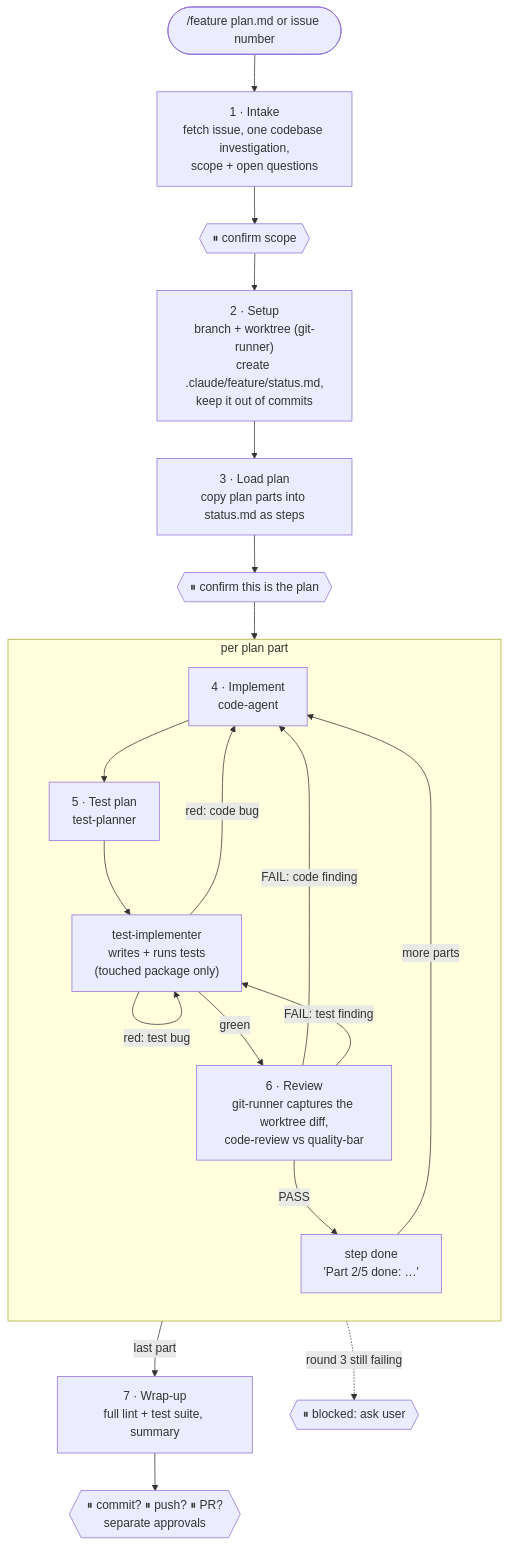
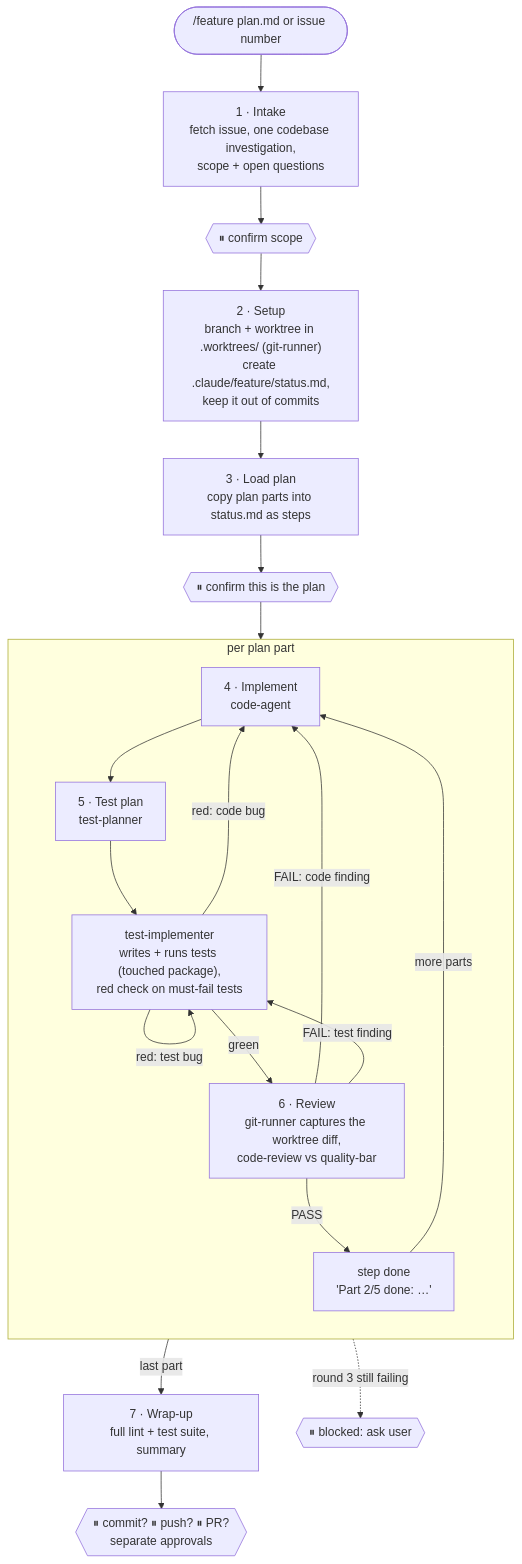
Before and after one commit to mxrpr/dev-pipeline-kit: the diagram in docs/feature.md, drawn with Mermaid. The commit also changed other lines of this file and 17 other files, not shown here.

````diff
--- a/docs/feature.md
+++ b/docs/feature.md
@@ -35,26 +35,26 @@
 ```mermaid
 flowchart TD
     IN(["/feature plan.md or issue number"]) --> P1
     P1["1 · Intake<br/>fetch issue, one codebase investigation,<br/>scope + open questions"] --> G1{{⏸ confirm scope}}
-    G1 --> P2["2 · Setup<br/>branch + worktree (git-runner)<br/>create .claude/feature/status.md,<br/>keep it out of commits"]
+    G1 --> P2["2 · Setup<br/>branch + worktree in .worktrees/ (git-runner)<br/>create .claude/feature/status.md,<br/>keep it out of commits"]
     P2 --> P3["3 · Load plan<br/>copy plan parts into status.md as steps"]
     P3 --> G2{{⏸ confirm this is the plan}}
     G2 --> LOOP
 
     subgraph LOOP [" per plan part "]
         direction TB
         P4["4 · Implement<br/>code-agent"] --> P5a["5 · Test plan<br/>test-planner"]
-        P5a --> P5b["test-implementer<br/>writes + runs tests<br/>(touched package only)"]
+        P5a --> P5b["test-implementer<br/>writes + runs tests (touched package),<br/>red check on must-fail tests"]
         P5b -->|green| P6["6 · Review<br/>git-runner captures the worktree diff,<br/>code-review vs quality-bar"]
         P5b -->|red: code bug| P4
         P5b -->|red: test bug| P5b
         P6 -->|"FAIL: code finding"| P4
         P6 -->|"FAIL: test finding"| P5b
         P6 -->|PASS| DONE["step done<br/>'Part 2/5 done: …'"]
     end
 
     DONE -->|more parts| P4
     DONE -->|last part| P7["7 · Wrap-up<br/>full lint + test suite, summary"]
     P7 --> G3{{⏸ commit? ⏸ push? ⏸ PR?<br/>separate approvals}}
     LOOP -. "round 3 still failing" .-> BL{{⏸ blocked: ask user}}
 ```
````
